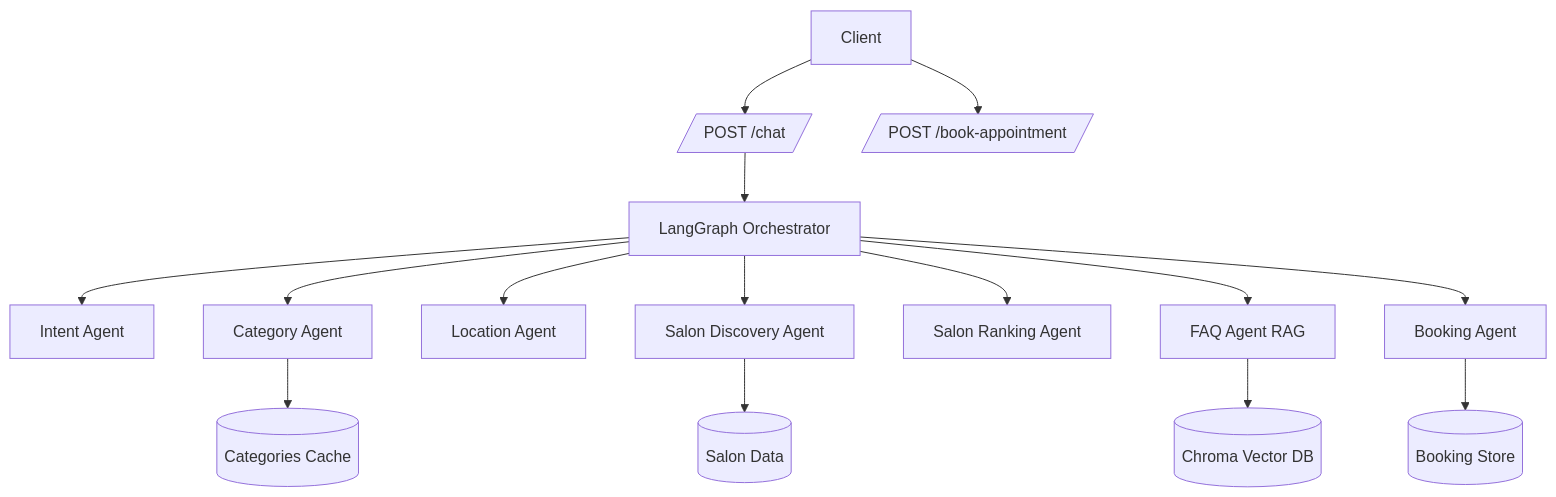
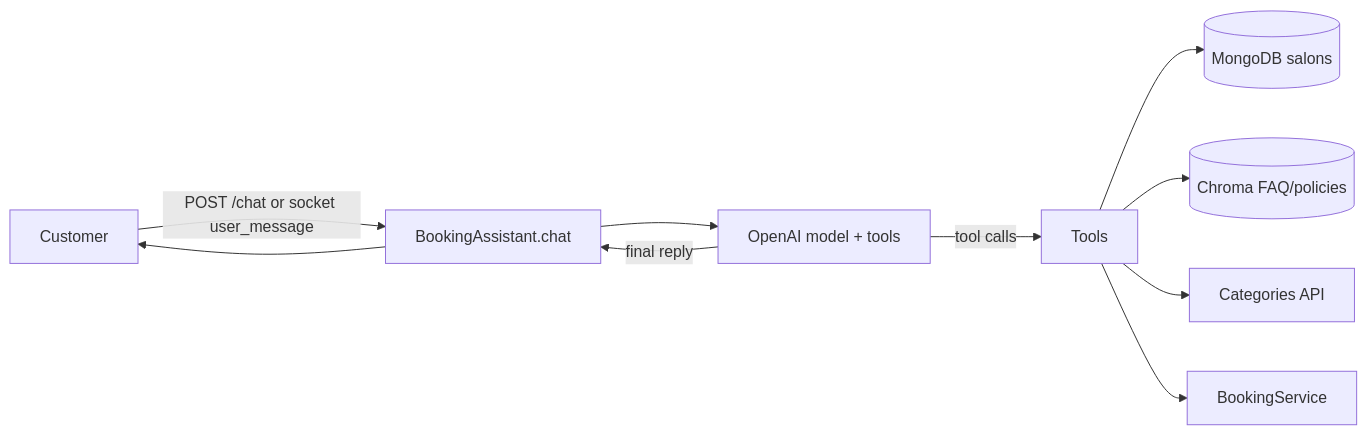
One commit to codewithsiddhant09/SKD-Academy- changed the diagram in README.md. Above: the diagram before and after it, drawn with Mermaid. The commit also changed other lines of this file and 225 other files, not shown here.

````diff
--- a/README.md
+++ b/README.md
@@ -86,17 +19,11 @@
 ```mermaid
-flowchart TD
-    A[Client] --> B[/POST /chat/]
-    A --> C[/POST /book-appointment/]
-    B --> D[LangGraph Orchestrator]
-    D --> E[Intent Agent]
-    D --> F[Category Agent]
-    D --> G[Location Agent]
-    D --> H[Salon Discovery Agent]
-    D --> I[Salon Ranking Agent]
-    D --> J[FAQ Agent RAG]
-    D --> K[Booking Agent]
-    F --> L[(Categories Cache)]
-    H --> M[(Salon Data)]
-    J --> N[(Chroma Vector DB)]
-    K --> O[(Booking Store)]
+flowchart LR
+    U[Customer] -->|POST /chat or socket user_message| A[BookingAssistant.chat]
+    A --> L[OpenAI model + tools]
+    L -->|tool calls| T[Tools]
+    T --> M[(MongoDB salons)]
+    T --> K[(Chroma FAQ/policies)]
+    T --> C[Categories API]
+    T --> B[BookingService]
+    L -->|final reply| A --> U
 ```
````
